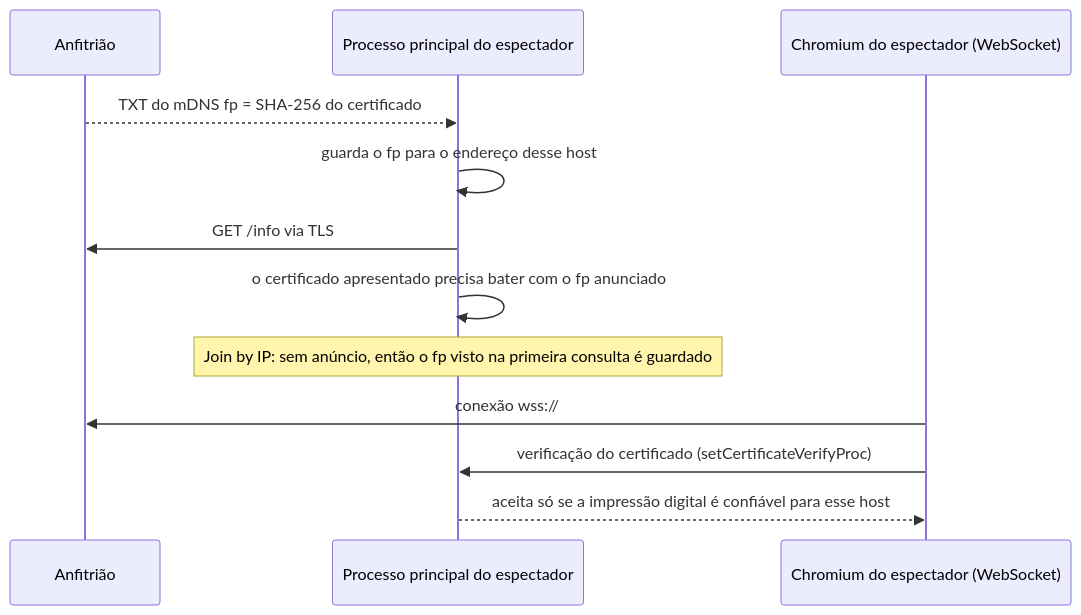
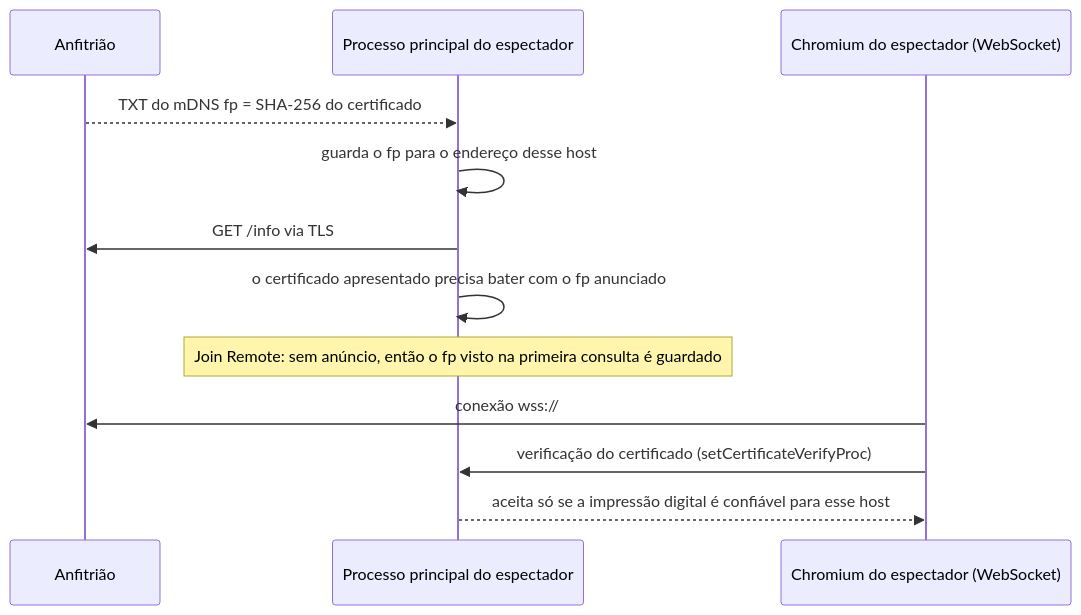
The diagram in docs/pt-BR/security.md (nsfxu/lan-screenshare), drawn with Mermaid before and after one commit. The commit also changed other lines of this file and 44 other files, not shown here.

````diff
--- a/docs/pt-BR/security.md
+++ b/docs/pt-BR/security.md
@@ -43,14 +43,14 @@
 ```mermaid
 sequenceDiagram
   participant H as Anfitrião
   participant V as Processo principal do espectador
   participant C as Chromium do espectador (WebSocket)
   H-->>V: TXT do mDNS fp = SHA-256 do certificado
   V->>V: guarda o fp para o endereço desse host
   V->>H: GET /info via TLS
   V->>V: o certificado apresentado precisa bater com o fp anunciado
-  Note over V: Join by IP: sem anúncio, então o fp visto na primeira consulta é guardado
+  Note over V: Join Remote: sem anúncio, então o fp visto na primeira consulta é guardado
   C->>H: conexão wss://
   C->>V: verificação do certificado (setCertificateVerifyProc)
   V-->>C: aceita só se a impressão digital é confiável para esse host
 ```
````
